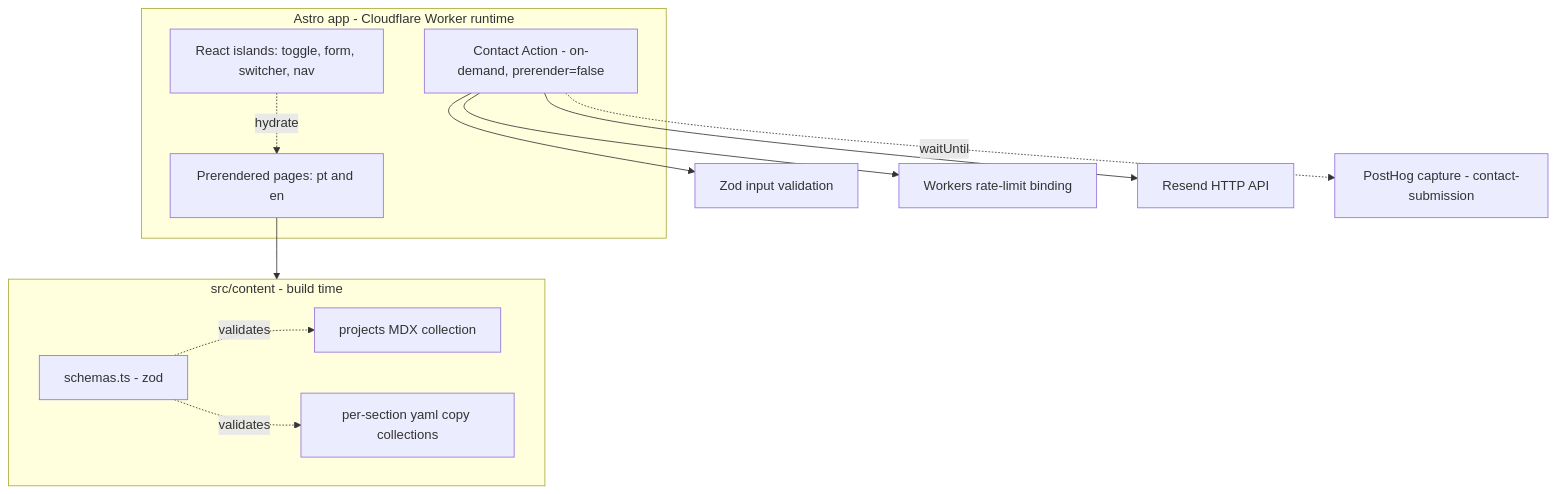
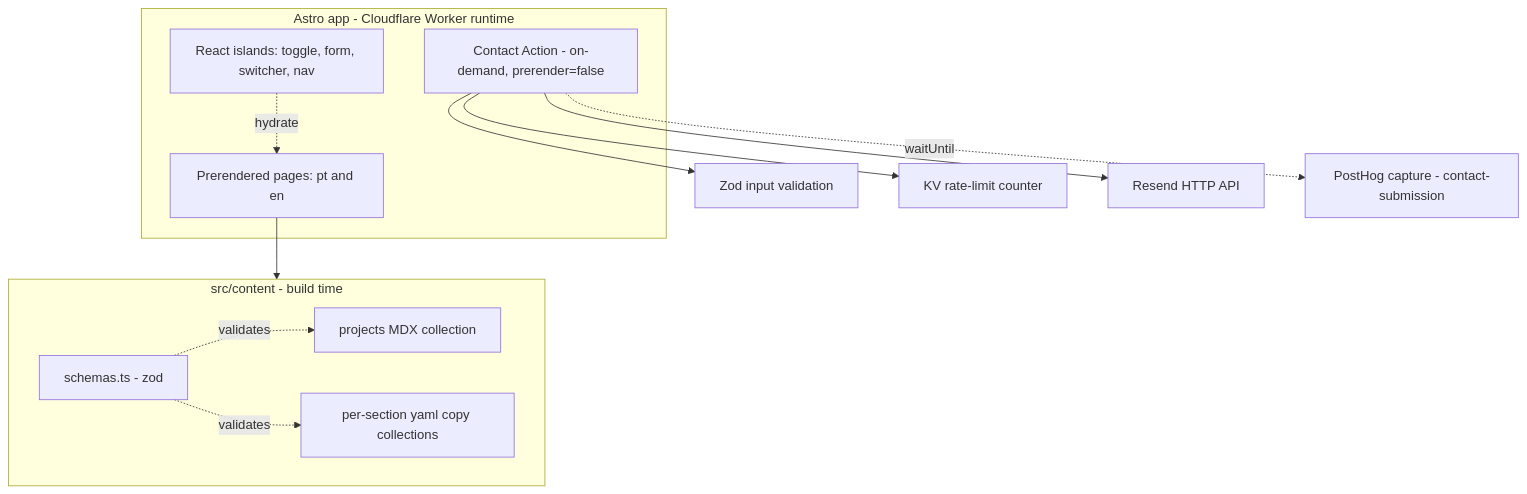
One commit to adeonir/adeonir.dev changed the first of 3 diagrams in docs/tech/design-doc.md. Above: the diagram before and after it, drawn with Mermaid. The commit also changed other lines of this file, not shown here.

Commit message:
docs: replace rate-limit binding with kv counter and plesk mailbox

````diff
--- a/docs/tech/design-doc.md
+++ b/docs/tech/design-doc.md
@@ -74,21 +74,21 @@
 ```mermaid
 flowchart TD
   subgraph App[Astro app - Cloudflare Worker runtime]
     Pages[Prerendered pages: pt and en]
     Action[Contact Action - on-demand, prerender=false]
     Islands[React islands: toggle, form, switcher, nav]
   end
   subgraph Content[src/content - build time]
     MDX[projects MDX collection]
     Copy[per-section yaml copy collections]
     Schemas[schemas.ts - zod]
   end
   Pages --> Content
   Schemas -. validates .-> MDX
   Schemas -. validates .-> Copy
   Islands -. hydrate .-> Pages
   Action --> Zod[Zod input validation]
-  Action --> RL[Workers rate-limit binding]
+  Action --> RL[KV rate-limit counter]
   Action --> Resend[Resend HTTP API]
   Action -. waitUntil .-> PostHog[PostHog capture - contact-submission]
 ```
````
